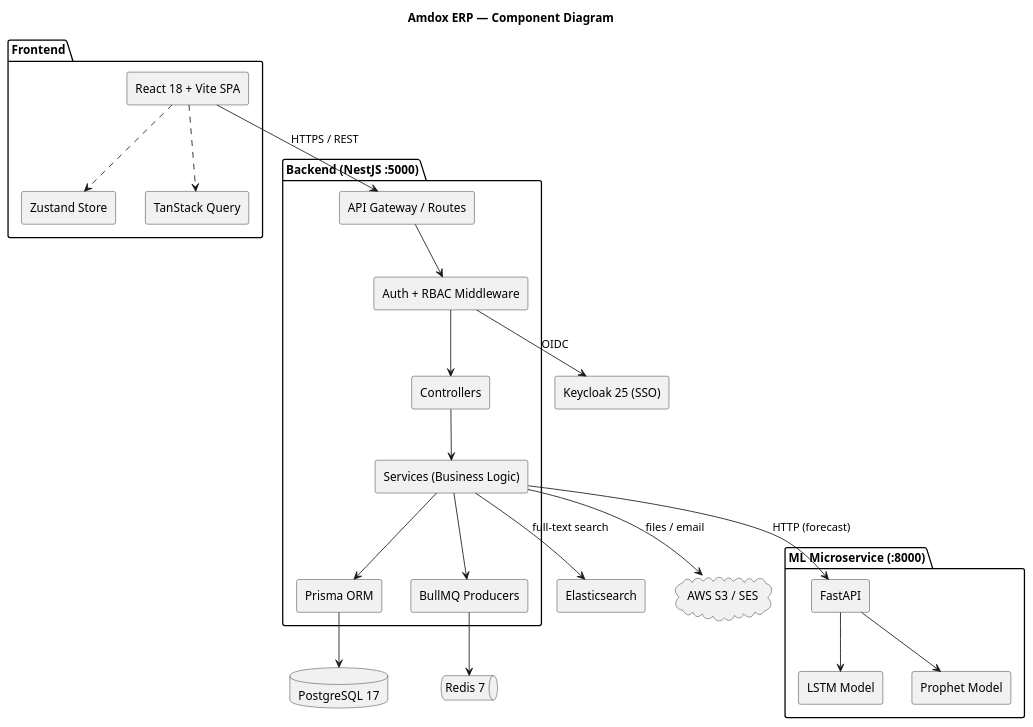
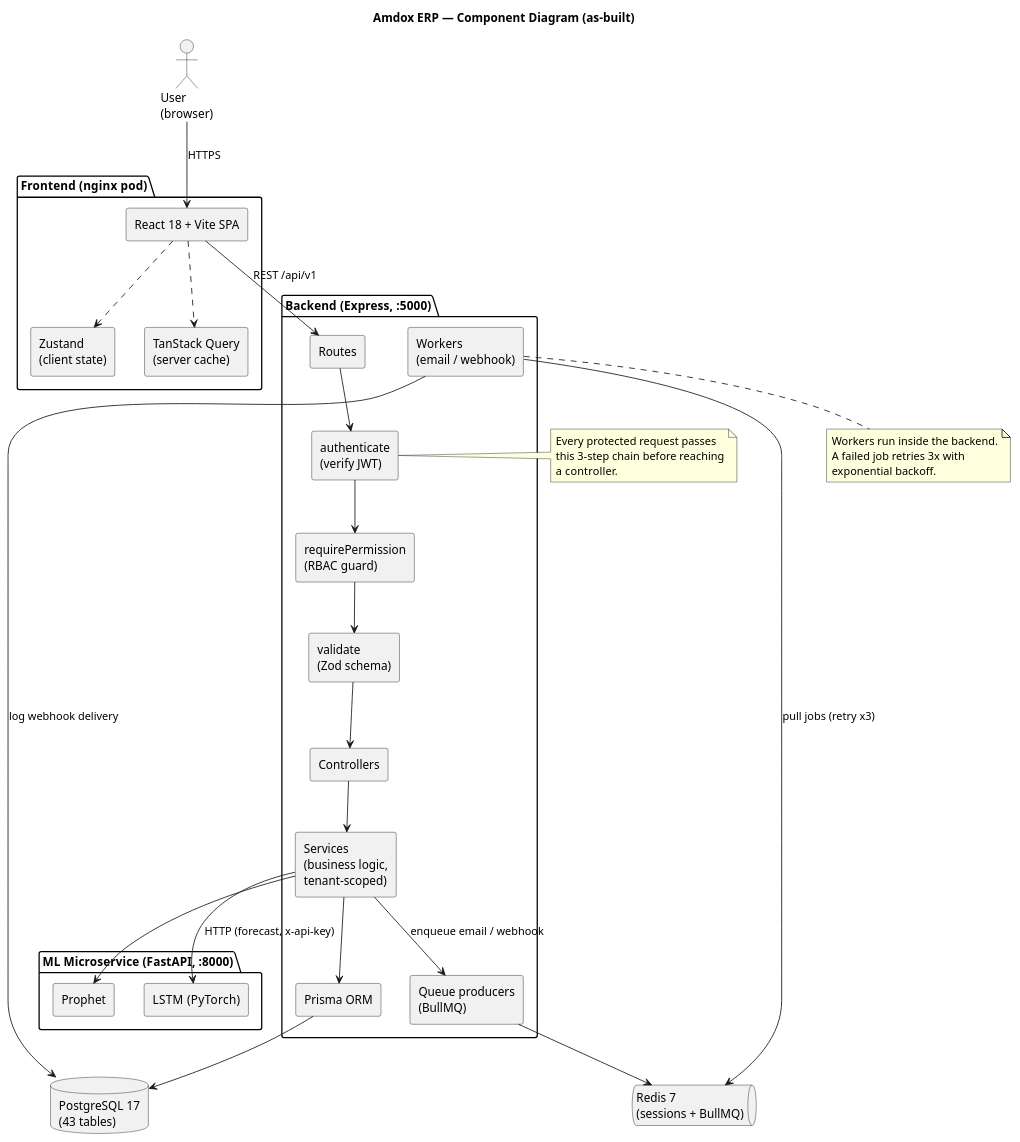
Before and after one commit to Shubhanjali801/amdox-erp: the diagram in docs/uml/5-component.puml, drawn with PlantUML. The commit also changed 20 other files, not shown here.

Commit message:
docs(uml): update diagrams to as-built system + render PNGs

```diff
--- a/docs/uml/5-component.puml
+++ b/docs/uml/5-component.puml
@@ -1,48 +1,67 @@
 @startuml Amdox-ERP-Component
-title Amdox ERP — Component Diagram
+title Amdox ERP — Component Diagram (as-built)
 skinparam componentStyle rectangle
+skinparam shadowing false
 
-package "Frontend" {
+' What this shows: the running pieces of the system and how a request flows
+' through them. Read top-to-bottom: browser -> backend -> data stores.
+
+actor "User\n(browser)" as USER
+
+package "Frontend  (nginx pod)" {
   [React 18 + Vite SPA] as FE
-  [Zustand Store] as ZS
-  [TanStack Query] as TQ
+  [Zustand\n(client state)] as ZS
+  [TanStack Query\n(server cache)] as TQ
 }
 
-package "Backend (NestJS :5000)" {
-  [API Gateway / Routes] as RT
-  [Auth + RBAC Middleware] as AUTH
+package "Backend  (Express, :5000)" {
+  [Routes] as RT
+  [authenticate\n(verify JWT)] as AUTH
+  [requirePermission\n(RBAC guard)] as RBAC
+  [validate\n(Zod schema)] as VAL
   [Controllers] as CTRL
-  [Services (Business Logic)] as SVC
+  [Services\n(business logic,\ntenant-scoped)] as SVC
   [Prisma ORM] as ORM
-  [BullMQ Producers] as BQ
+  [Queue producers\n(BullMQ)] as PROD
+  [Workers\n(email / webhook)] as WORK
 }
 
-package "ML Microservice (:8000)" {
-  [FastAPI] as FA
-  [LSTM Model] as LSTM
-  [Prophet Model] as PROPHET
+package "ML Microservice  (FastAPI, :8000)" {
+  [LSTM  (PyTorch)] as LSTM
+  [Prophet] as PROPHET
 }
 
-database "PostgreSQL 17" as PG
-queue "Redis 7" as RD
-[Keycloak 25 (SSO)] as KC
-[Elasticsearch] as ES
-cloud "AWS S3 / SES" as AWS
+database "PostgreSQL 17\n(43 tables)" as PG
+queue "Redis 7\n(sessions + BullMQ)" as RD
 
-FE --> RT : HTTPS / REST
+USER --> FE : HTTPS
 FE ..> ZS
 FE ..> TQ
+FE --> RT : REST /api/v1
+
 RT --> AUTH
-AUTH --> CTRL
+AUTH --> RBAC
+RBAC --> VAL
+VAL --> CTRL
 CTRL --> SVC
 SVC --> ORM
 ORM --> PG
-SVC --> BQ
-BQ --> RD
-SVC --> FA : HTTP (forecast)
-FA --> LSTM
-FA --> PROPHET
-AUTH --> KC : OIDC
-SVC --> ES : full-text search
-SVC --> AWS : files / email
+SVC --> PROD : enqueue email / webhook
+PROD --> RD
+WORK --> RD : pull jobs (retry x3)
+WORK --> PG : log webhook delivery
+SVC --> LSTM : HTTP (forecast, x-api-key)
+SVC --> PROPHET
+
+note bottom of WORK
+  Workers run inside the backend.
+  A failed job retries 3x with
+  exponential backoff.
+end note
+
+note right of AUTH
+  Every protected request passes
+  this 3-step chain before reaching
+  a controller.
+end note
 @enduml
```
